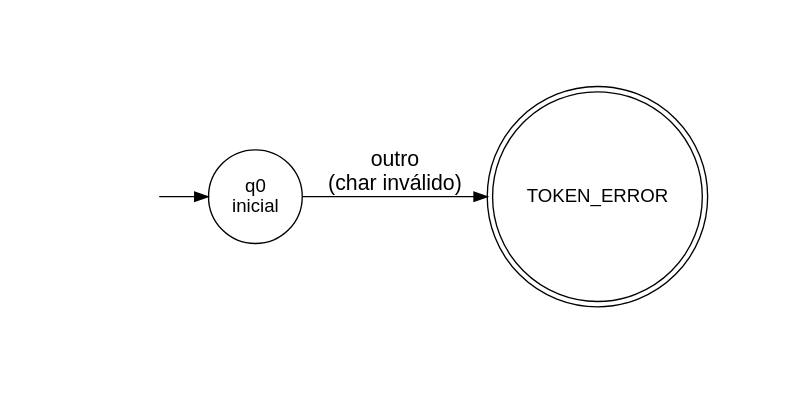
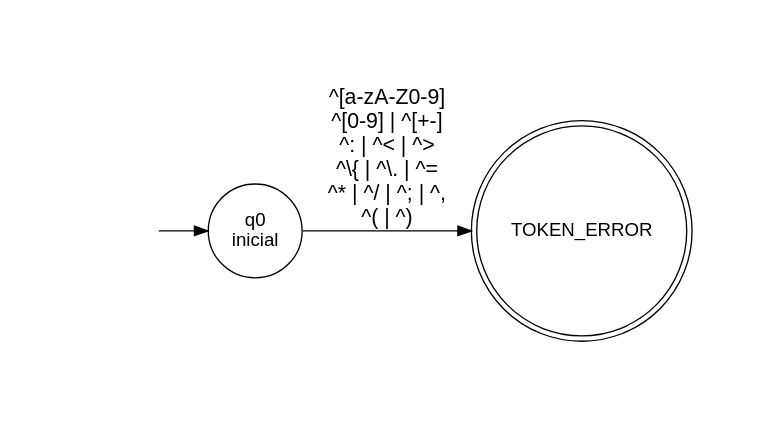
One commit to miguelhenriquecbl/LINGUAGENS-FORMAIS-AUT-MATOS-E-COMPILADORES changed the diagram in Trabalho/analisador-lexico/AFDs/codigo/afd_erro_lexico.dot. Above: the diagram before and after it, drawn with Graphviz. The commit also changed 18 other files, not shown here.

```diff
--- a/Trabalho/analisador-lexico/AFDs/codigo/afd_erro_lexico.dot
+++ b/Trabalho/analisador-lexico/AFDs/codigo/afd_erro_lexico.dot
@@ -1,23 +1,23 @@
 digraph afd_erro_lexico {
     rankdir=LR;
     nodesep=0.4;
     pad=0.8;
     node [shape=circle, fontname="Arial"];
     edge [fontname="Arial", fontsize=16];
 
     /* estado invisível pra seta de entrada */
     inicio [shape=none, label=""];
 
     /* Estado Inicial */
     q0 [label="q0\ninicial"];
 
     /* Especiais */
     qTOKEN_ERROR [shape=doublecircle label="TOKEN_ERROR"]; /* Erro léxico */
 
     /* seta de entrada */
     inicio -> q0;
 
     /* q0 -> estados intermediários */
-    q0 -> qTOKEN_ERROR [label="outro\n(char inválido)"];
+    q0 -> qTOKEN_ERROR [label="^[a-zA-Z0-9]\n^[0-9] | ^[+-]\n^: | ^< | ^>\n^\\{ | ^\\. | ^=\n^* | ^/ | ^; | ^,\n^( | ^)"];
     
 }
```
